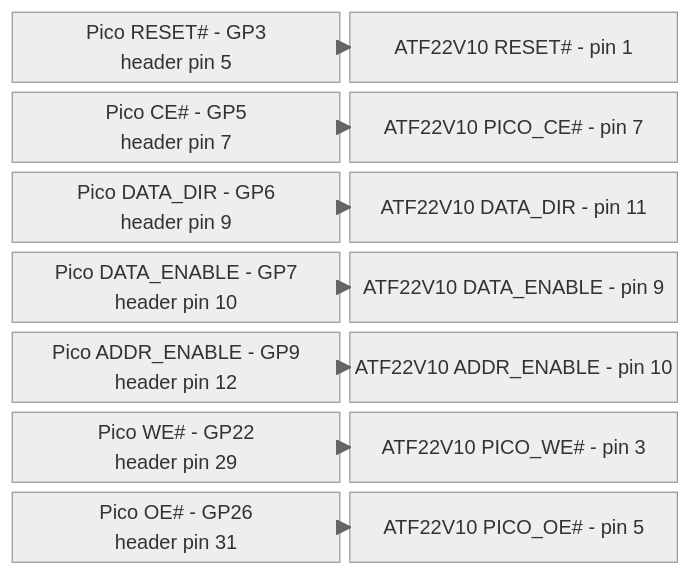
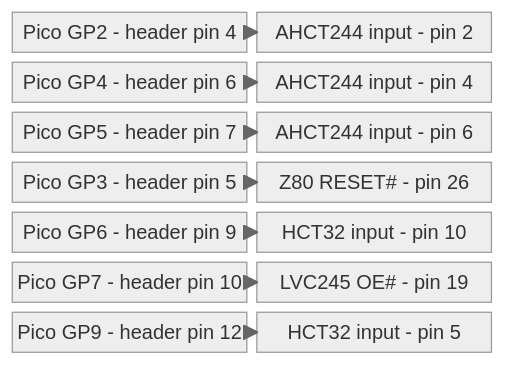
The diagram in docs/docs/en/hardware/pin-mapping.md (gloveboxes/Z80ROMlessSBC), drawn with Mermaid (neutral theme) before and after one commit. The commit also changed other lines of this file and 91 other files, not shown here.

````diff
--- a/docs/docs/en/hardware/pin-mapping.md
+++ b/docs/docs/en/hardware/pin-mapping.md
@@ -39,18 +42,18 @@
 ```mermaid
 block-beta
   columns 2
-  P3["Pico RESET# - GP3<br/>header pin 5"] G3["ATF22V10 RESET# - pin 1"]
-  P5["Pico CE# - GP5<br/>header pin 7"] G5["ATF22V10 PICO_CE# - pin 7"]
-  P6["Pico DATA_DIR - GP6<br/>header pin 9"] G6["ATF22V10 DATA_DIR - pin 11"]
-  P7["Pico DATA_ENABLE - GP7<br/>header pin 10"] G7["ATF22V10 DATA_ENABLE - pin 9"]
-  P9["Pico ADDR_ENABLE - GP9<br/>header pin 12"] G9["ATF22V10 ADDR_ENABLE - pin 10"]
-  P22["Pico WE# - GP22<br/>header pin 29"] G22["ATF22V10 PICO_WE# - pin 3"]
-  P26["Pico OE# - GP26<br/>header pin 31"] G26["ATF22V10 PICO_OE# - pin 5"]
-  P3 --> G3
-  P5 --> G5
-  P6 --> G6
-  P7 --> G7
-  P9 --> G9
-  P22 --> G22
-  P26 --> G26
+  P2["Pico GP2 - header pin 4"] B2["AHCT244 input - pin 2"]
+  P4["Pico GP4 - header pin 6"] B4["AHCT244 input - pin 4"]
+  P5["Pico GP5 - header pin 7"] B5["AHCT244 input - pin 6"]
+  P3["Pico GP3 - header pin 5"] Z3["Z80 RESET# - pin 26"]
+  P6["Pico GP6 - header pin 9"] H6["HCT32 input - pin 10"]
+  P7["Pico GP7 - header pin 10"] L7["LVC245 OE# - pin 19"]
+  P9["Pico GP9 - header pin 12"] H9["HCT32 input - pin 5"]
+  P2 --> B2
+  P4 --> B4
+  P5 --> B5
+  P3 --> Z3
+  P6 --> H6
+  P7 --> L7
+  P9 --> H9
 ```
````
